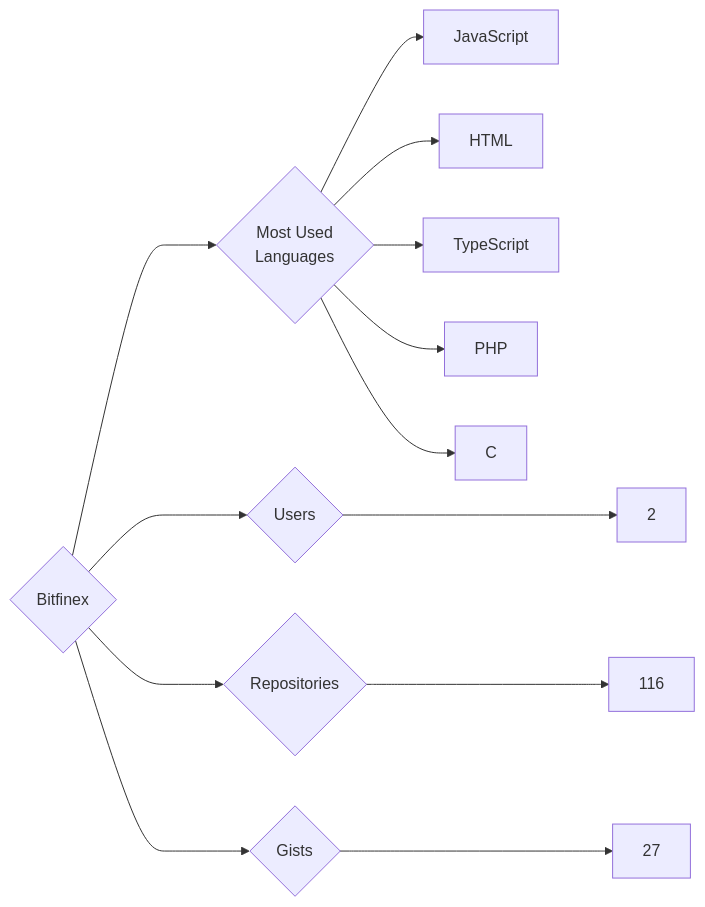
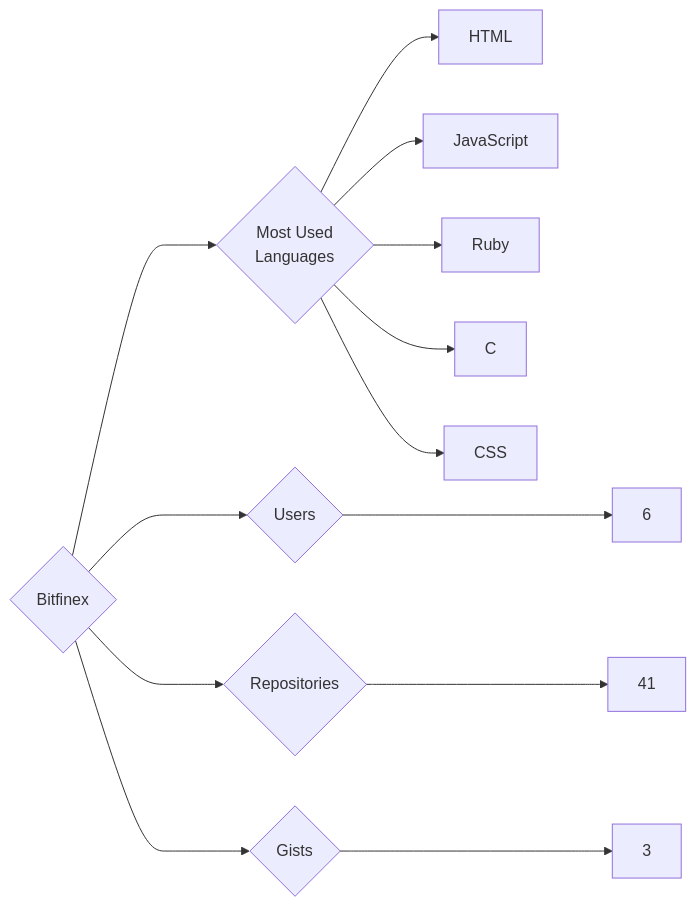
One commit to trickest/insiders changed the diagram in targets/Bitfinex/README.md. Above: the diagram before and after it, drawn with Mermaid. The commit also changed 1314 other files, not shown here.

````diff
--- a/targets/Bitfinex/README.md
+++ b/targets/Bitfinex/README.md
@@ -3,13 +3,13 @@
 ```mermaid
 graph LR
 COMPANY_NAME{Bitfinex}
-COMPANY_NAME ---> U{Users} ---> UN[2]
-COMPANY_NAME ---> R{Repositories} ---> RN[116]
-COMPANY_NAME ---> G{Gists} ---> GN[27]
+COMPANY_NAME ---> U{Users} ---> UN[6]
+COMPANY_NAME ---> R{Repositories} ---> RN[41]
+COMPANY_NAME ---> G{Gists} ---> GN[3]
 COMPANY_NAME ---> ML{Most Used<br>Languages}
+ML --> HTML[HTML]
 ML --> JavaScript[JavaScript]
-ML --> HTML[HTML]
-ML --> TypeScript[TypeScript]
-ML --> PHP[PHP]
+ML --> Ruby[Ruby]
 ML --> C[C]
+ML --> CSS[CSS]
 ```
````
